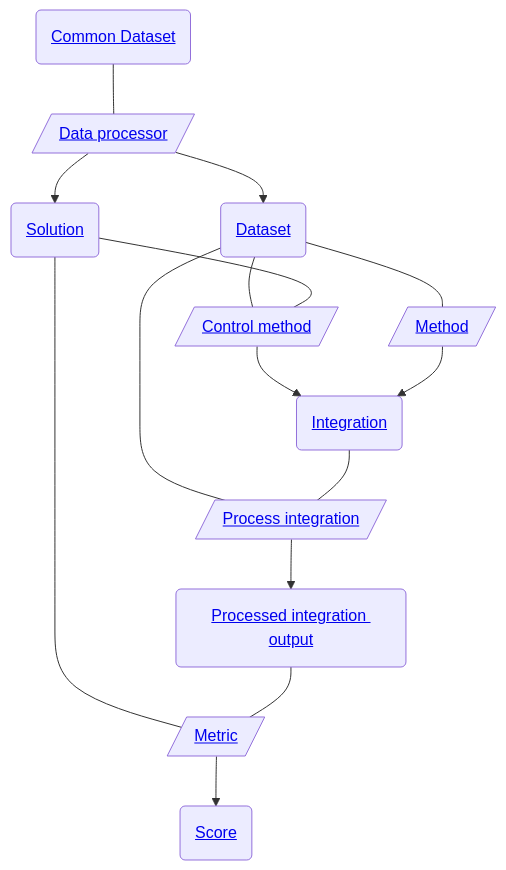
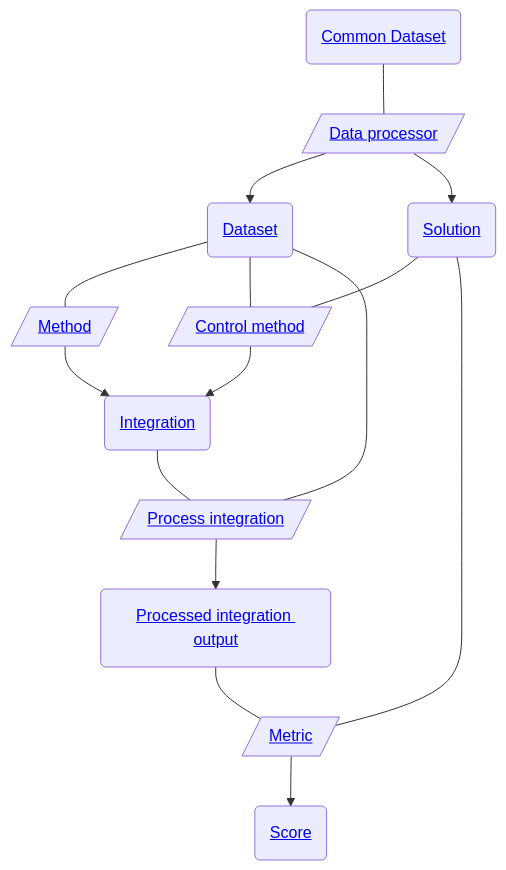
Before and after one commit to openproblems-bio/task_batch_integration: the diagram in README.md, drawn with Mermaid. The commit also changed other lines of this file and 236 other files, not shown here.

````diff
--- a/README.md
+++ b/README.md
@@ -61,28 +64,28 @@
 ``` mermaid
 flowchart TB
   file_common_dataset("<a href='https://github.com/openproblems-bio/task_batch_integration#file-format-common-dataset'>Common Dataset</a>")
   comp_process_dataset[/"<a href='https://github.com/openproblems-bio/task_batch_integration#component-type-data-processor'>Data processor</a>"/]
   file_dataset("<a href='https://github.com/openproblems-bio/task_batch_integration#file-format-dataset'>Dataset</a>")
   file_solution("<a href='https://github.com/openproblems-bio/task_batch_integration#file-format-solution'>Solution</a>")
+  comp_method[/"<a href='https://github.com/openproblems-bio/task_batch_integration#component-type-method'>Method</a>"/]
   comp_control_method[/"<a href='https://github.com/openproblems-bio/task_batch_integration#component-type-control-method'>Control method</a>"/]
-  comp_method[/"<a href='https://github.com/openproblems-bio/task_batch_integration#component-type-method'>Method</a>"/]
+  file_integrated("<a href='https://github.com/openproblems-bio/task_batch_integration#file-format-integration'>Integration</a>")
   comp_process_integration[/"<a href='https://github.com/openproblems-bio/task_batch_integration#component-type-process-integration'>Process integration</a>"/]
+  file_integrated_processed("<a href='https://github.com/openproblems-bio/task_batch_integration#file-format-processed-integration-output'>Processed integration output</a>")
   comp_metric[/"<a href='https://github.com/openproblems-bio/task_batch_integration#component-type-metric'>Metric</a>"/]
-  file_integrated("<a href='https://github.com/openproblems-bio/task_batch_integration#file-format-integration'>Integration</a>")
-  file_integrated_processed("<a href='https://github.com/openproblems-bio/task_batch_integration#file-format-processed-integration-output'>Processed integration output</a>")
   file_score("<a href='https://github.com/openproblems-bio/task_batch_integration#file-format-score'>Score</a>")
   file_common_dataset---comp_process_dataset
   comp_process_dataset-->file_dataset
   comp_process_dataset-->file_solution
+  file_dataset---comp_method
   file_dataset---comp_control_method
-  file_dataset---comp_method
   file_dataset---comp_process_integration
   file_solution---comp_control_method
   file_solution---comp_metric
+  comp_method-->file_integrated
   comp_control_method-->file_integrated
-  comp_method-->file_integrated
+  file_integrated---comp_process_integration
   comp_process_integration-->file_integrated_processed
+  file_integrated_processed---comp_metric
   comp_metric-->file_score
-  file_integrated---comp_process_integration
-  file_integrated_processed---comp_metric
 ```
````
